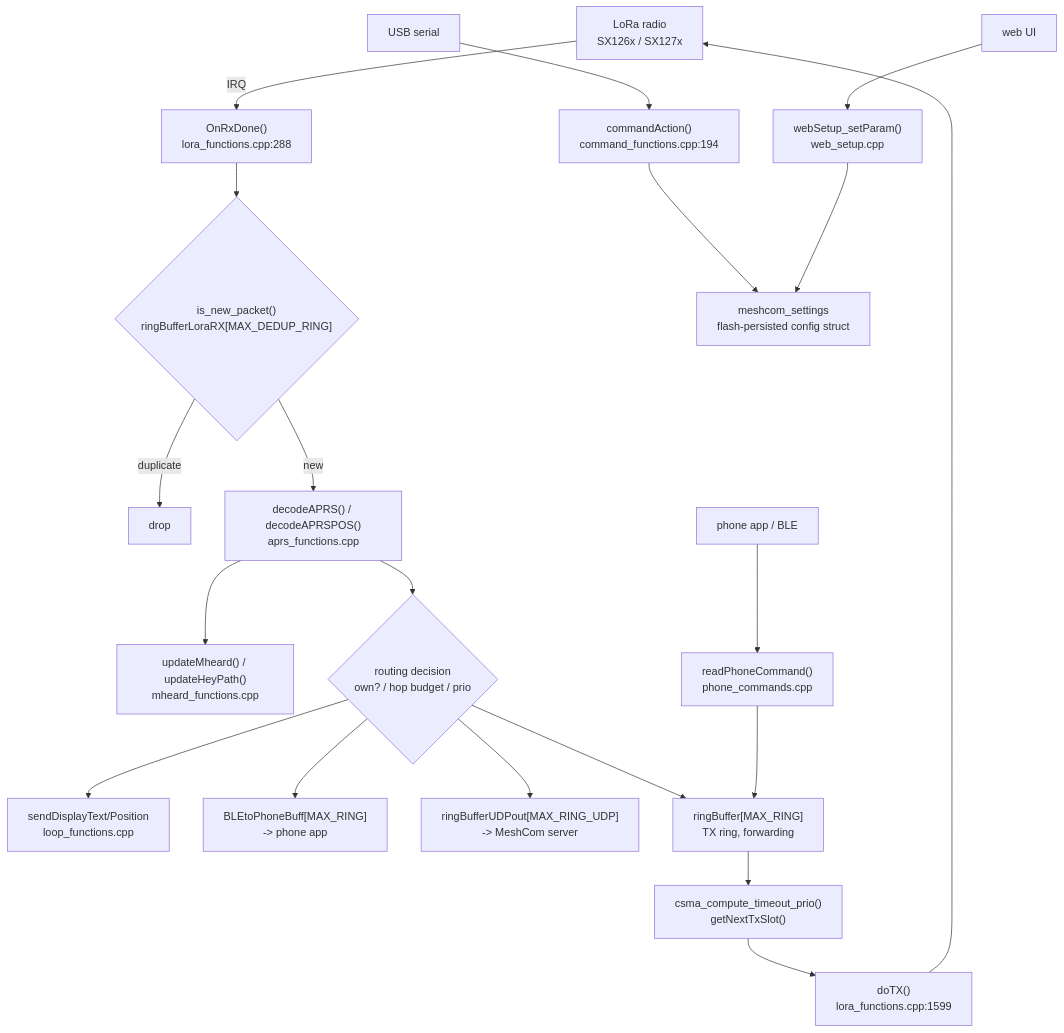
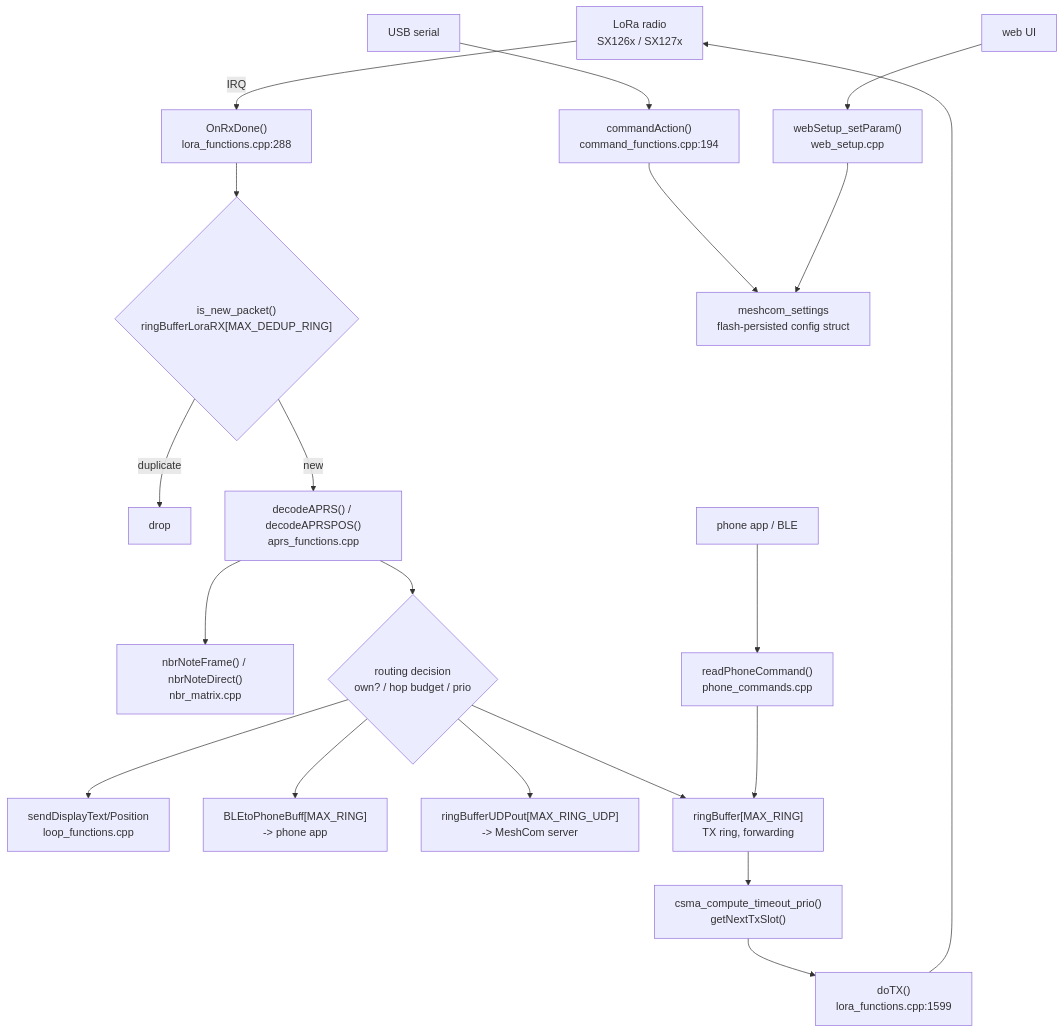
One commit to DK5EN/MeshCom-Firmware changed the diagram in docs/architecture/01-system-overview.md. Above: the diagram before and after it, drawn with Mermaid. The commit also changed other lines of this file and 10 other files, not shown here.

First line of the commit message:
docs(nbr): MeshCom 5 wave 6 -- log format, architecture, changelog

````diff
--- a/docs/architecture/01-system-overview.md
+++ b/docs/architecture/01-system-overview.md
@@ -28,25 +28,25 @@
 ```mermaid
 flowchart TD
     RF["LoRa radio<br/>SX126x / SX127x"] -->|IRQ| RX["OnRxDone()<br/>lora_functions.cpp:288"]
     RX --> DEDUP{"is_new_packet()<br/>ringBufferLoraRX[MAX_DEDUP_RING]"}
     DEDUP -->|duplicate| DROP["drop"]
     DEDUP -->|new| DEC["decodeAPRS() / decodeAPRSPOS()<br/>aprs_functions.cpp"]
-    DEC --> MH["updateMheard() / updateHeyPath()<br/>mheard_functions.cpp"]
+    DEC --> MH["nbrNoteFrame() / nbrNoteDirect()<br/>nbr_matrix.cpp"]
     DEC --> ROUTE{"routing decision<br/>own? / hop budget / prio"}
 
     ROUTE --> DISP["sendDisplayText/Position<br/>loop_functions.cpp"]
     ROUTE --> BLE["BLEtoPhoneBuff[MAX_RING]<br/>-> phone app"]
     ROUTE --> UDP["ringBufferUDPout[MAX_RING_UDP]<br/>-> MeshCom server"]
     ROUTE --> FWD["ringBuffer[MAX_RING]<br/>TX ring, forwarding"]
 
     FWD --> CSMA["csma_compute_timeout_prio()<br/>getNextTxSlot()"]
     CSMA --> TX["doTX()<br/>lora_functions.cpp:1599"]
     TX --> RF
 
     PHONE["phone app / BLE"] --> PC["readPhoneCommand()<br/>phone_commands.cpp"]
     SER["USB serial"] --> CMD["commandAction()<br/>command_functions.cpp:194"]
     WEB["web UI"] --> WS["webSetup_setParam()<br/>web_setup.cpp"]
     PC --> FWD
     CMD --> SET["meshcom_settings<br/>flash-persisted config struct"]
     WS --> SET
 ```
````
